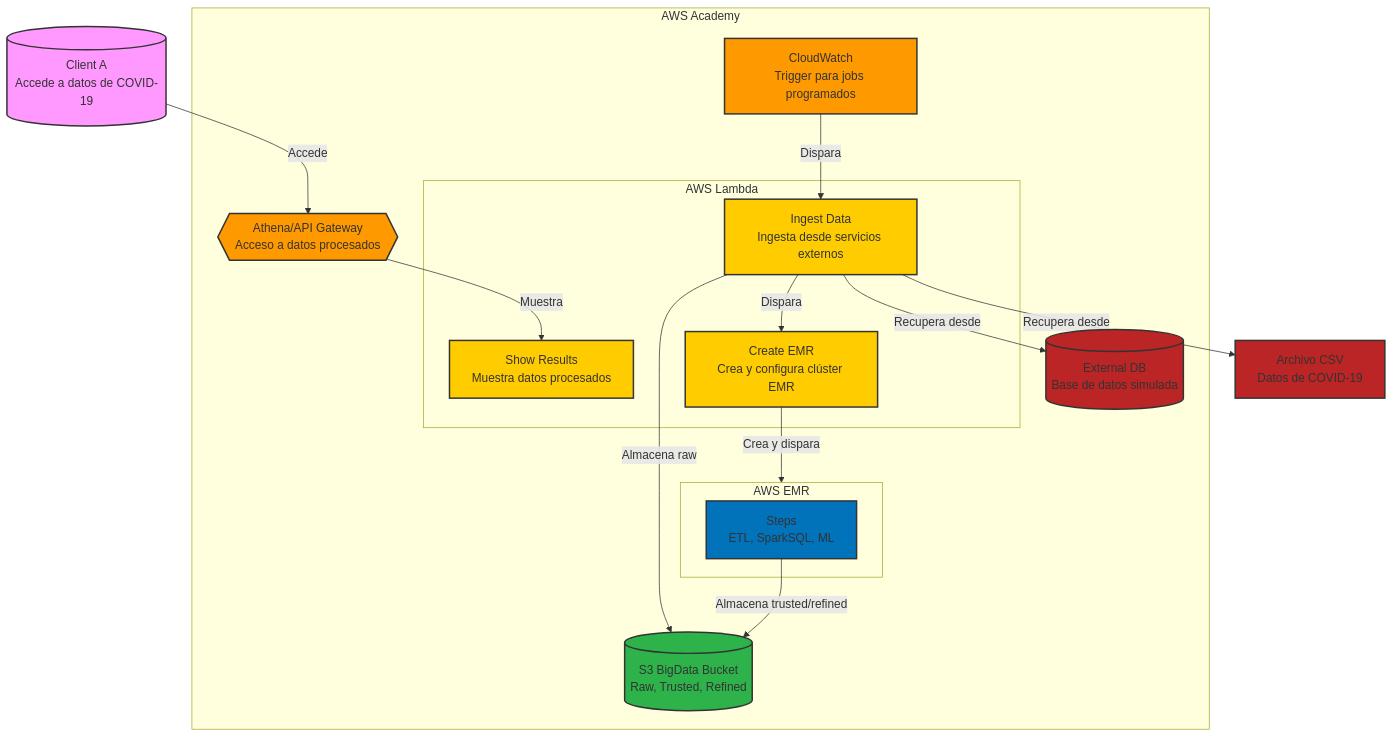
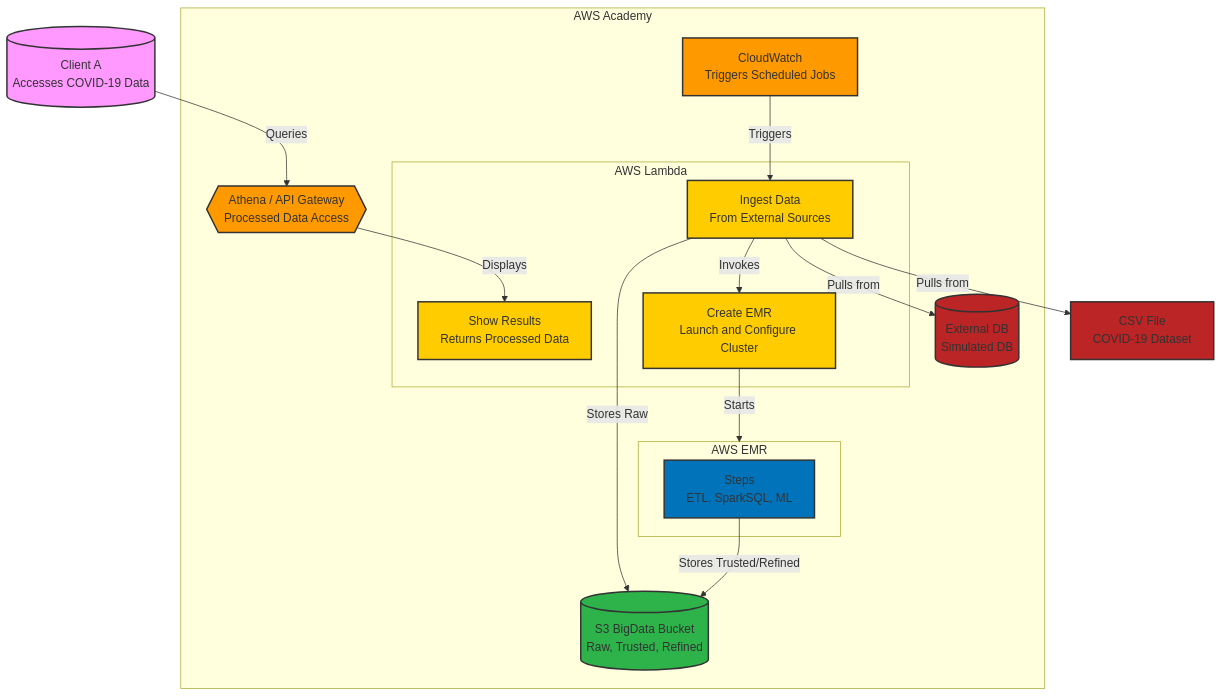
The diagram in README.md (julianvb03/TET-Proyect3-BigData), drawn with Mermaid before and after one commit. The commit also changed other lines of this file, not shown here.

````diff
--- a/README.md
+++ b/README.md
@@ -8,40 +10,37 @@
 ```mermaid
 graph TD
-    %% Node Definition
-    Client[("Client A<br>Accede a datos de COVID-19")]:::client
+    Client[("Client A<br>Accesses COVID-19 Data")]:::client
     subgraph AWS_Academy[AWS Academy]
-        Athena{{"Athena/API Gateway<br>Acceso a datos procesados"}}:::awsService
-        CloudWatch["CloudWatch<br>Trigger para jobs programados"]:::awsService
+        Athena{{"Athena / API Gateway<br>Processed Data Access"}}:::awsService
+        CloudWatch["CloudWatch<br>Triggers Scheduled Jobs"]:::awsService
         S3[("S3 BigData Bucket<br>Raw, Trusted, Refined")]:::awsStorage
         subgraph Lambda[AWS Lambda]
-            ShowResults["Show Results<br>Muestra datos procesados"]:::lambda
-            IngestData["Ingest Data<br>Ingesta desde servicios externos"]:::lambda
-            CreateEMR["Create EMR<br>Crea y configura clúster EMR"]:::lambda
+            ShowResults["Show Results<br>Returns Processed Data"]:::lambda
+            IngestData["Ingest Data<br>From External Sources"]:::lambda
+            CreateEMR["Create EMR<br>Launch and Configure Cluster"]:::lambda
         end
         subgraph EMR[AWS EMR]
             Steps["Steps<br>ETL, SparkSQL, ML"]:::emr
         end
 
-        ExternalDB[("External DB<br>Base de datos simulada")]:::external
+        ExternalDB[("External DB<br>Simulated DB")]:::external
     end
-    ArchivoCSV["Archivo CSV<br>Datos de COVID-19"]:::external
+    ArchivoCSV["CSV File<br>COVID-19 Dataset"]:::external
 
-    %% Relaciones
-    Client -->|Accede| Athena
-    Athena -->|Muestra| ShowResults
-    IngestData -->|Almacena raw| S3
-    Steps -->|Almacena trusted/refined| S3
-    CloudWatch -->|Dispara| IngestData
-    IngestData -->|Dispara| CreateEMR
-    CreateEMR -->|Crea y dispara| EMR
-    IngestData -->|Recupera desde| ArchivoCSV
-    IngestData -->|Recupera desde| ExternalDB
+    Client -->|Queries| Athena
+    Athena -->|Displays| ShowResults
+    IngestData -->|Stores Raw| S3
+    Steps -->|Stores Trusted/Refined| S3
+    CloudWatch -->|Triggers| IngestData
+    IngestData -->|Invokes| CreateEMR
+    CreateEMR -->|Starts| EMR
+    IngestData -->|Pulls from| ArchivoCSV
+    IngestData -->|Pulls from| ExternalDB
 
-    %% Estilos
     classDef client fill:#f9f,stroke:#333,stroke-width:2px;
     classDef awsService fill:#ff9900,stroke:#333,stroke-width:2px;
     classDef awsStorage fill:#2db34a,stroke:#333,stroke-width:2px;
     classDef lambda fill:#ffcc00,stroke:#333,stroke-width:2px;
     classDef emr fill:#0073bb,stroke:#333,stroke-width:2px;
     classDef external fill:#bb2525,stroke:#333,stroke-width:2px;
 ```
````
